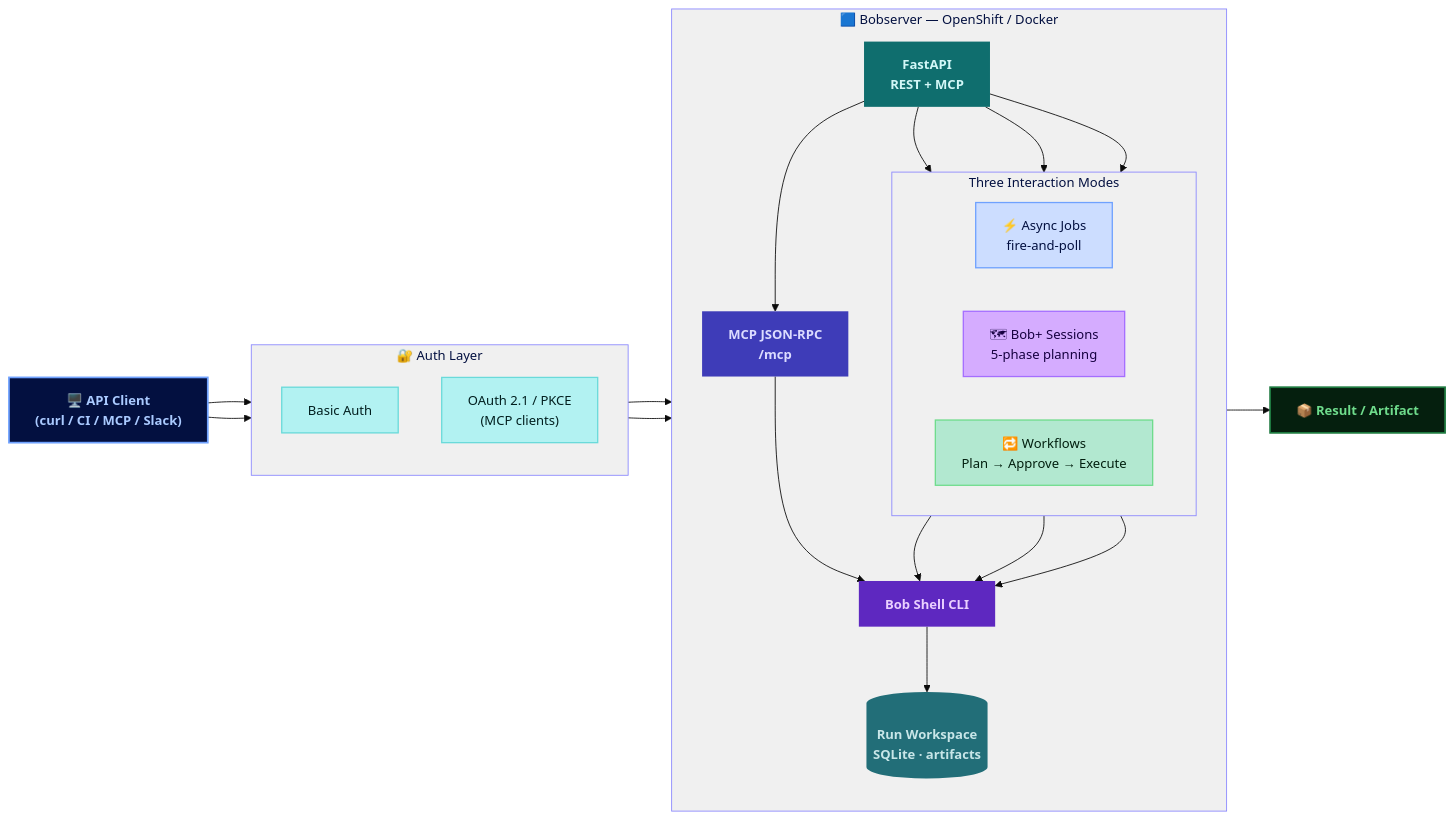
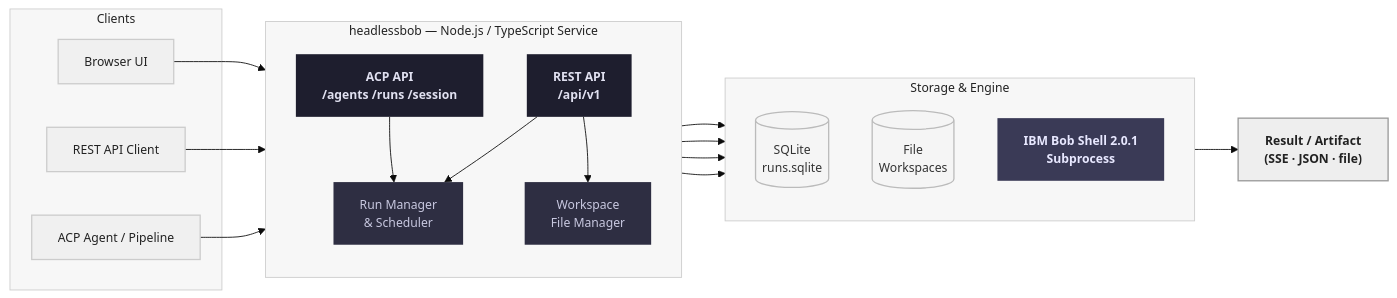
The diagram in docs-src/ai-core/ai-engineering/headless-bob.md (ibm-self-serve-assets/building-blocks-docs), drawn with Mermaid before and after one commit. The commit also changed other lines of this file and 3 other files, not shown here.

````diff
--- a/docs-src/ai-core/ai-engineering/headless-bob.md
+++ b/docs-src/ai-core/ai-engineering/headless-bob.md
@@ -32,55 +36,45 @@
 ```mermaid
-%%{init: {'theme': 'base', 'themeVariables': {'clusterBkg': '#f0f0f0', 'clusterBorder': '#8A87FE', 'titleColor': '#031040', 'edgeLabelBackground': '#ffffff', 'fontSize': '15px'}}}%%
+%%{init: {'theme': 'base', 'themeVariables': {'clusterBkg': '#f7f7f7', 'clusterBorder': '#cccccc', 'titleColor': '#222222', 'edgeLabelBackground': '#ffffff', 'fontSize': '14px'}}}%%
 flowchart LR
-    Client["🖥️ API Client<br/>(curl / CI / MCP / Slack)"]:::input
-
-    subgraph AUTH["🔐 Auth Layer"]
-        direction TB
-        BasicAuth["Basic Auth"]:::authNode
-        OAuth["OAuth 2.1 / PKCE<br/>(MCP clients)"]:::authNode
+    subgraph Clients["Clients"]
+        UI["Browser UI"]:::client
+        RESTClient["REST API Client"]:::client
+        ACPClient["ACP Agent / Pipeline"]:::client
     end
 
-    subgraph SERVER["🟦 Bobserver — OpenShift / Docker"]
+    subgraph Service["headlessbob — Node.js / TypeScript Service"]
         direction TB
-        API["FastAPI<br/>REST + MCP"]:::apiNode
-
-        subgraph MODES["Three Interaction Modes"]
-            direction LR
-            Jobs["⚡ Async Jobs<br/>fire-and-poll"]:::modeA
-            Sessions["🗺 Bob+ Sessions<br/>5-phase planning"]:::modeB
-            Workflows["🔁 Workflows<br/>Plan → Approve → Execute"]:::modeC
-        end
-
-        MCP["MCP JSON-RPC<br/>/mcp"]:::mcpNode
-        Bob["Bob Shell CLI"]:::bobNode
-        Workspace[("Run Workspace<br/>SQLite · artifacts")]:::store
+        REST["REST API\n/api/v1"]:::api
+        ACP["ACP API\n/agents  /runs  /session"]:::api
+        Manager["Run Manager\n& Scheduler"]:::internal
+        Files["Workspace\nFile Manager"]:::internal
     end
 
-    Result["📦 Result / Artifact"]:::output
+    subgraph Backend["Storage & Engine"]
+        direction TB
+        Store[("SQLite\nruns.sqlite")]:::store
+        Workspaces[("File\nWorkspaces")]:::store
+        Bob["IBM Bob Shell 2.0.1\nSubprocess"]:::bob
+    end
 
-    Client --> BasicAuth
-    Client --> OAuth
-    BasicAuth --> API
-    OAuth --> API
-    API --> Jobs
-    API --> Sessions
-    API --> Workflows
-    API --> MCP
-    Jobs --> Bob
-    Sessions --> Bob
-    Workflows --> Bob
-    MCP --> Bob
-    Bob --> Workspace
-    Workspace --> Result
+    Result["Result / Artifact\n(SSE · JSON · file)"]:::result
 
-    classDef input     fill:#031040,color:#AACAFF,stroke:#6FA1FE,stroke-width:2px,font-weight:700
-    classDef output    fill:#051F0E,color:#6FDC8C,stroke:#1E7A40,stroke-width:2px,font-weight:700
-    classDef authNode  fill:#B2F2F2,color:#021F1F,stroke:#6ADADA,stroke-width:1.5px
-    classDef apiNode   fill:#0F6E6E,color:#D2F7F7,stroke:none,font-weight:700
-    classDef modeA     fill:#CCDDFF,color:#031040,stroke:#6FA1FE,stroke-width:1.5px
-    classDef modeB     fill:#D5ACFF,color:#160040,stroke:#A56EFF,stroke-width:1.5px
-    classDef modeC     fill:#B2E8D0,color:#021F0F,stroke:#6FDC8C,stroke-width:1.5px
-    classDef mcpNode   fill:#3E3CB8,color:#DCDCFF,stroke:none,font-weight:700
-    classDef bobNode   fill:#5E28C0,color:#EAD0FF,stroke:none,font-weight:700
-    classDef store     fill:#226E78,color:#C8E6E8,stroke:none,font-weight:700
+    UI --> REST
+    RESTClient --> REST
+    ACPClient --> ACP
+    REST --> Manager
+    ACP --> Manager
+    REST --> Files
+    Manager --> Bob
+    Manager --> Store
+    Manager --> Workspaces
+    Files --> Workspaces
+    Bob --> Result
+
+    classDef client   fill:#f0f0f0,color:#222222,stroke:#cccccc,stroke-width:1.5px
+    classDef api      fill:#1e1e2e,color:#e0e0f0,stroke:none,font-weight:600
+    classDef internal fill:#2e2e42,color:#c8c8e0,stroke:none
+    classDef bob      fill:#3a3a56,color:#e8e8ff,stroke:none,font-weight:600
+    classDef store    fill:#f5f5f5,color:#333333,stroke:#bbbbbb,stroke-width:1.5px
+    classDef result   fill:#eeeeee,color:#222222,stroke:#999999,stroke-width:1.5px,font-weight:600
 ```
````
